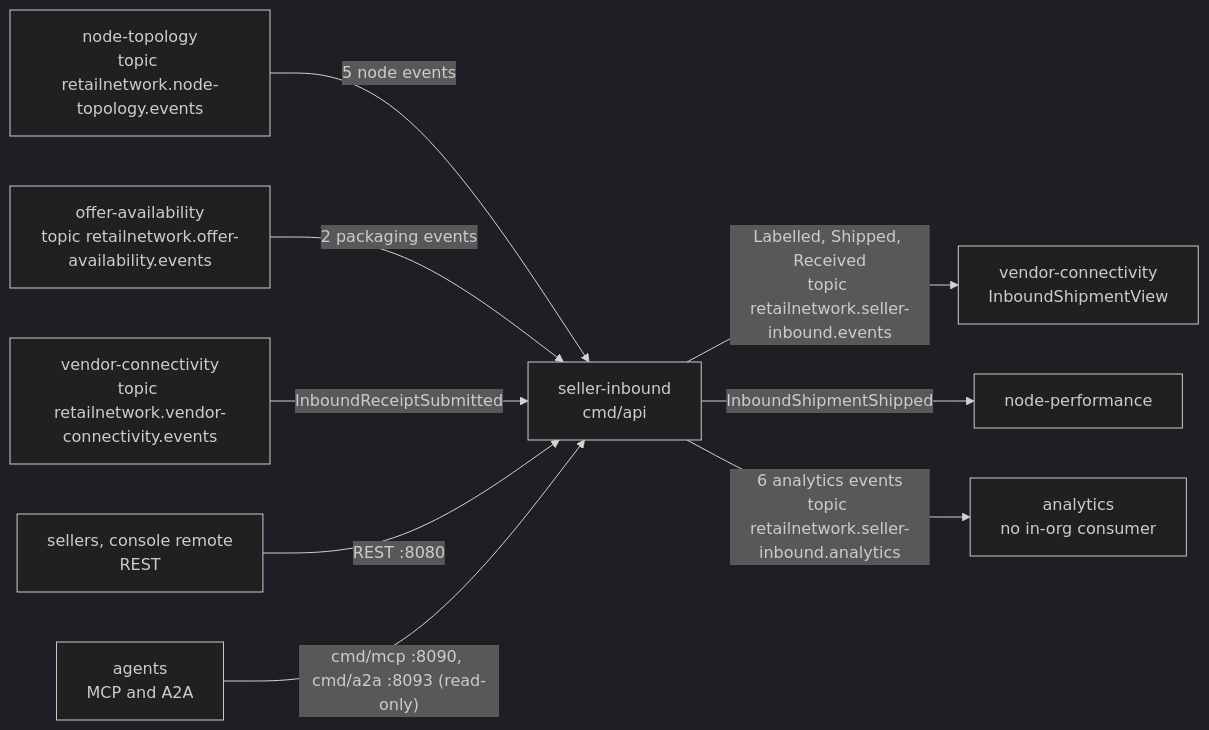
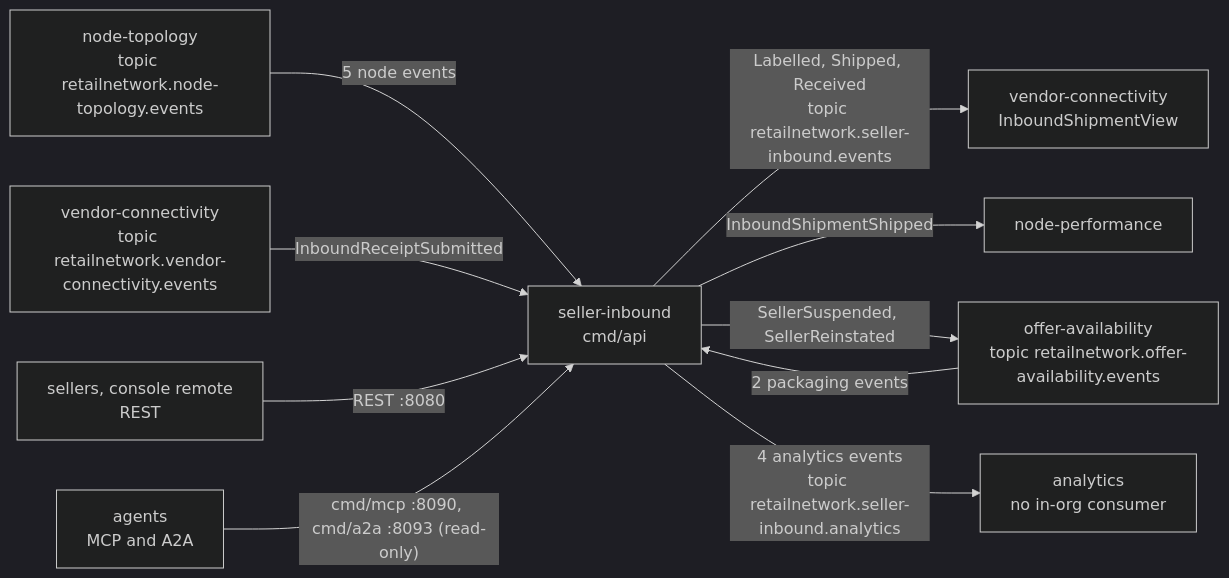
The diagram in docs/docs/ecosystem/integration.md (IQVO/seller-inbound), drawn with Mermaid (dark theme) before and after one commit. The commit also changed other lines of this file and 9 other files, not shown here.

Commit message:
docs: seller status events on the events topic, consumed by offer-availability (ADR 0013)

````diff
--- a/docs/docs/ecosystem/integration.md
+++ b/docs/docs/ecosystem/integration.md
@@ -21,20 +21,21 @@
 ```mermaid
 flowchart LR
     NT["node-topology<br/>topic retailnetwork.node-topology.events"]
     OA["offer-availability<br/>topic retailnetwork.offer-availability.events"]
     VC["vendor-connectivity<br/>topic retailnetwork.vendor-connectivity.events"]
     SI["seller-inbound<br/>cmd/api"]
     NP["node-performance"]
     VC2["vendor-connectivity<br/>InboundShipmentView"]
     AN["analytics<br/>no in-org consumer"]
     SEL["sellers, console remote<br/>REST"]
     AG["agents<br/>MCP and A2A"]
     NT -->|"5 node events"| SI
     OA -->|"2 packaging events"| SI
     VC -->|"InboundReceiptSubmitted"| SI
     SI -->|"Labelled, Shipped, Received<br/>topic retailnetwork.seller-inbound.events"| VC2
     SI -->|"InboundShipmentShipped"| NP
-    SI -->|"6 analytics events<br/>topic retailnetwork.seller-inbound.analytics"| AN
+    SI -->|"SellerSuspended, SellerReinstated"| OA
+    SI -->|"4 analytics events<br/>topic retailnetwork.seller-inbound.analytics"| AN
     SEL -->|"REST :8080"| SI
     AG -->|"cmd/mcp :8090, cmd/a2a :8093 (read-only)"| SI
 ```
````
